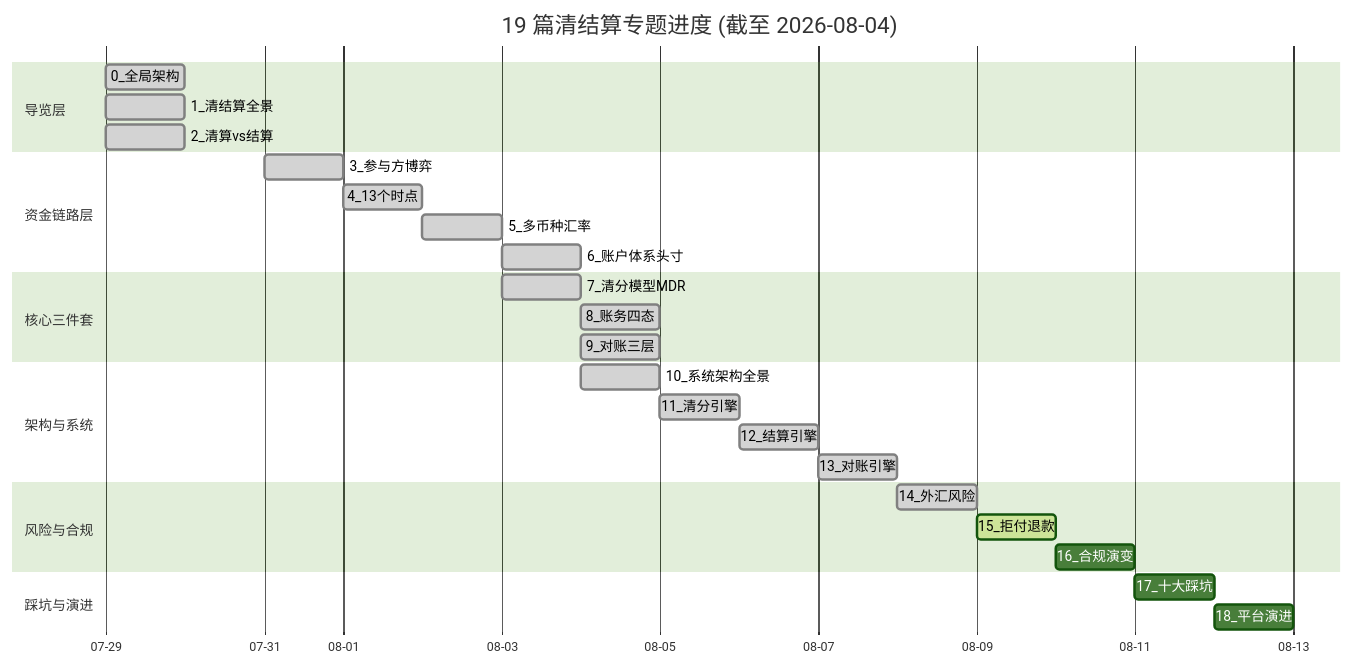
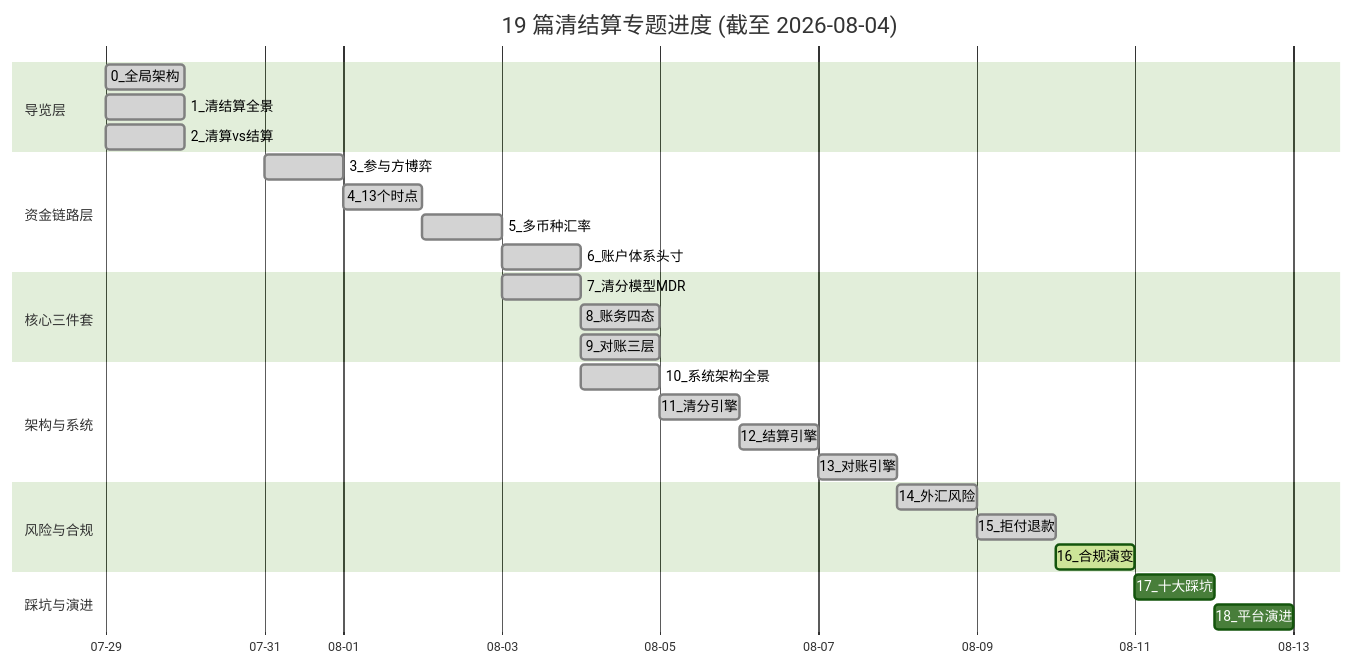
One commit to xiaobo1997/programmer-knowledge-graph changed the second of 2 diagrams in docs/biz/跨境支付/清结算体系/PROGRESS.md. Above: the diagram before and after it, drawn with Mermaid (forest theme). The commit also changed other lines of this file and 4 other files, not shown here.

````diff
--- a/docs/biz/跨境支付/清结算体系/PROGRESS.md
+++ b/docs/biz/跨境支付/清结算体系/PROGRESS.md
@@ -174,37 +175,37 @@
 ```mermaid
 gantt
     title 19 篇清结算专题进度 (截至 2026-08-04)
     dateFormat  YYYY-MM-DD
     axisFormat  %m-%d
 
     section 导览层
     0_全局架构           :done,    0-0, 2026-07-29, 1d
     1_清结算全景         :done,    0-1, 2026-07-29, 1d
     2_清算vs结算         :done,    0-2, 2026-07-29, 1d
 
     section 资金链路层
     3_参与方博弈         :done,    1-3, 2026-07-31, 1d
     4_13个时点           :done,    1-4, 2026-08-01, 1d
     5_多币种汇率         :done,    1-5, 2026-08-02, 1d
     6_账户体系头寸       :done,    1-6, 2026-08-03, 1d
 
     section 核心三件套
     7_清分模型MDR        :done,    2-7, 2026-08-03, 1d
     8_账务四态           :done,    2-8, 2026-08-04, 1d
     9_对账三层           :done,    2-9, 2026-08-04, 1d
 
     section 架构与系统
     10_系统架构全景       :done,    3-10, 2026-08-04, 1d
     11_清分引擎          :done,    3-11, 2026-08-05, 1d
     12_结算引擎          :done,    3-12, 2026-08-06, 1d
     13_对账引擎          :done,    3-13, 2026-08-07, 1d
 
     section 风险与合规
     14_外汇风险          :done,    4-14, 2026-08-08, 1d
-    15_拒付退款          :active,  4-15, 2026-08-09, 1d
-    16_合规演变          :         4-16, after 4-15, 1d
+    15_拒付退款          :done,    4-15, 2026-08-09, 1d
+    16_合规演变          :active,  4-16, 2026-08-10, 1d
 
     section 踩坑与演进
     17_十大踩坑          :         5-17, after 4-16, 1d
     18_平台演进          :         5-18, after 5-17, 1d
 ```
````
